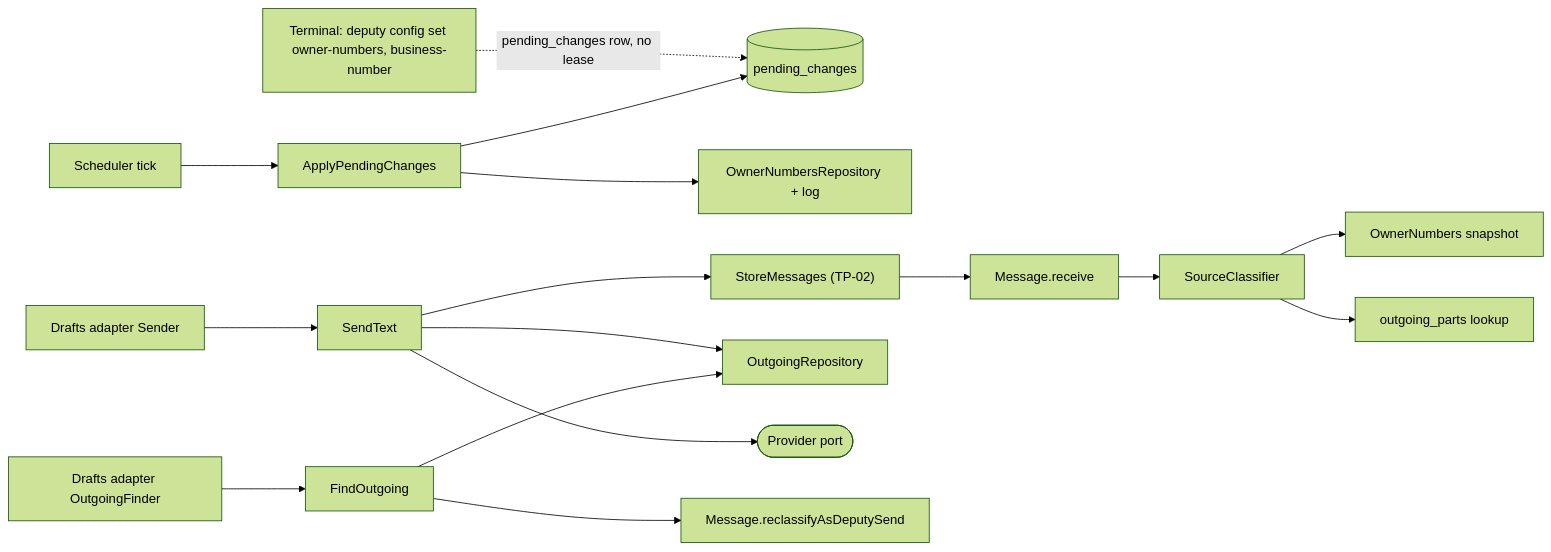
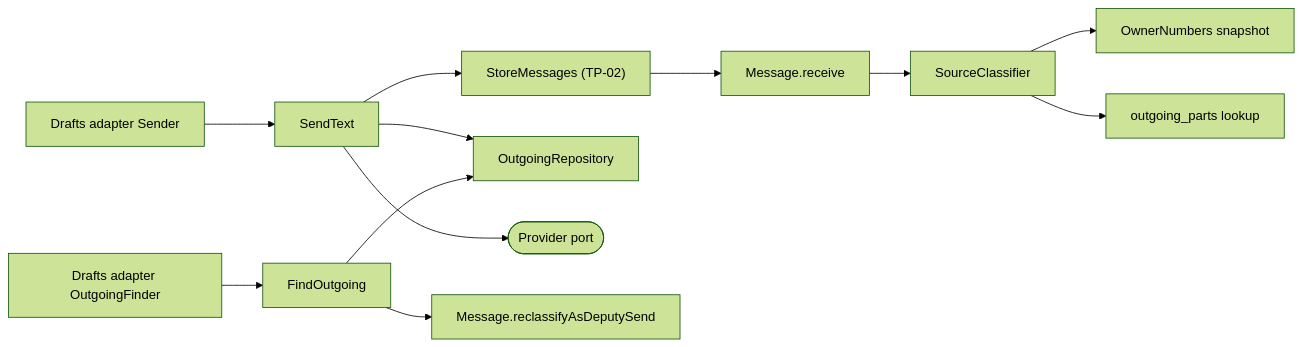
Before and after one commit to antonygiomarxdev/deputy: the second of 3 diagrams in docs/intake/tp/TP-04-owner-echoes.md, drawn with Mermaid (forest theme). The commit also changed 4 other files, not shown here.

Commit message:
docs: add and split Mermaid diagrams for format 4

````diff
--- a/docs/intake/tp/TP-04-owner-echoes.md
+++ b/docs/intake/tp/TP-04-owner-echoes.md
@@ -66,18 +74,14 @@
 ```mermaid
 flowchart LR
-  Term["Terminal: deputy config set owner-numbers, business-number"] -.->|pending_changes row, no lease| PC[("pending_changes")]
-  Sched["Scheduler tick"] --> Apply["ApplyPendingChanges"]
-  Apply --> PC
-  Apply --> ONR["OwnerNumbersRepository + log"]
   Store["StoreMessages (TP-02)"] --> Msg["Message.receive"]
   Msg --> SC["SourceClassifier"]
   SC --> Owners["OwnerNumbers snapshot"]
   SC --> Parts["outgoing_parts lookup"]
   DraftsAd["Drafts adapter Sender"] --> Send["SendText"]
   Send --> OutR["OutgoingRepository"]
   Send --> Prov(["Provider port"])
   Send --> Store
   Resolve["Drafts adapter OutgoingFinder"] --> Find["FindOutgoing"]
   Find --> OutR
   Find --> Re["Message.reclassifyAsDeputySend"]
 ```
````
